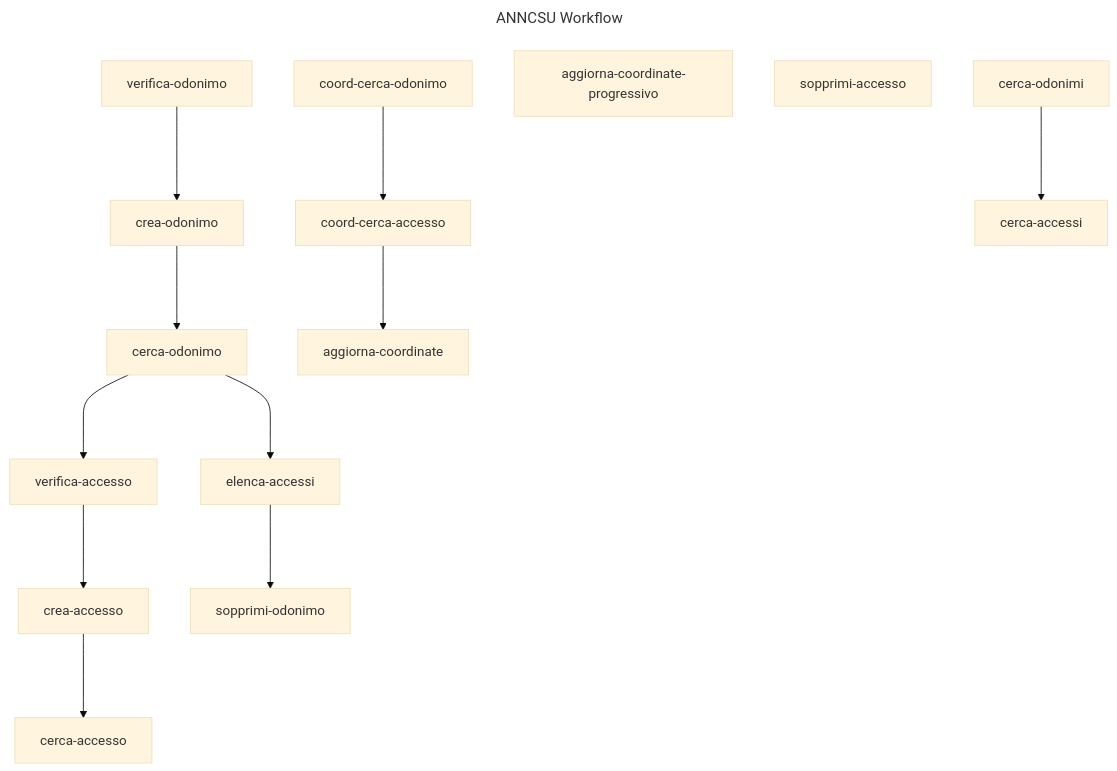
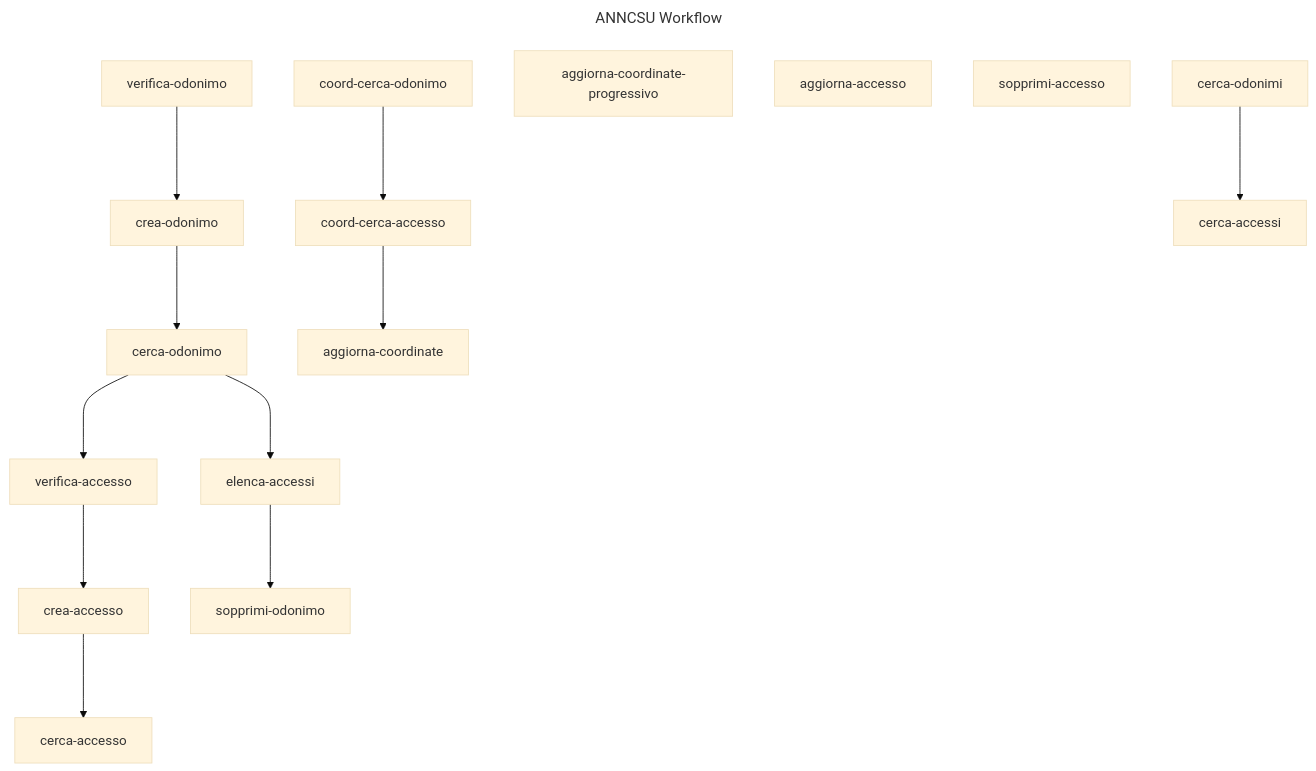
One commit to anncsu-open/anncsu-workflow-api changed the diagram in docs/workflows.md. Above: the diagram before and after it, drawn with Mermaid (base theme). The commit also changed other lines of this file and 13 other files, not shown here.

Commit message:
Add aggiorna-accesso-da-progressivo workflow with OAS input validation

````diff
--- a/docs/workflows.md
+++ b/docs/workflows.md
@@ -9,32 +9,33 @@
 ```mermaid
 ---
 title: ANNCSU Workflow
 ---
 graph TD
 verifica_odonimo["verifica-odonimo"]
 crea_odonimo["crea-odonimo"]
 cerca_odonimo["cerca-odonimo"]
 verifica_accesso["verifica-accesso"]
 crea_accesso["crea-accesso"]
 cerca_accesso["cerca-accesso"]
 coord_cerca_odonimo["coord-cerca-odonimo"]
 coord_cerca_accesso["coord-cerca-accesso"]
 aggiorna_coordinate["aggiorna-coordinate"]
 aggiorna_coordinate_progressivo["aggiorna-coordinate-progressivo"]
+aggiorna_accesso["aggiorna-accesso"]
 cerca_odonimo["cerca-odonimo"]
 elenca_accessi["elenca-accessi"]
 sopprimi_odonimo["sopprimi-odonimo"]
 sopprimi_accesso["sopprimi-accesso"]
 cerca_odonimi["cerca-odonimi"]
 cerca_accessi["cerca-accessi"]
 verifica_odonimo ---> crea_odonimo
 crea_odonimo ---> cerca_odonimo
 cerca_odonimo ---> verifica_accesso
 verifica_accesso ---> crea_accesso
 crea_accesso ---> cerca_accesso
 coord_cerca_odonimo ---> coord_cerca_accesso
 coord_cerca_accesso ---> aggiorna_coordinate
 cerca_odonimo ---> elenca_accessi
 elenca_accessi ---> sopprimi_odonimo
 cerca_odonimi ---> cerca_accessi
 ```
````
